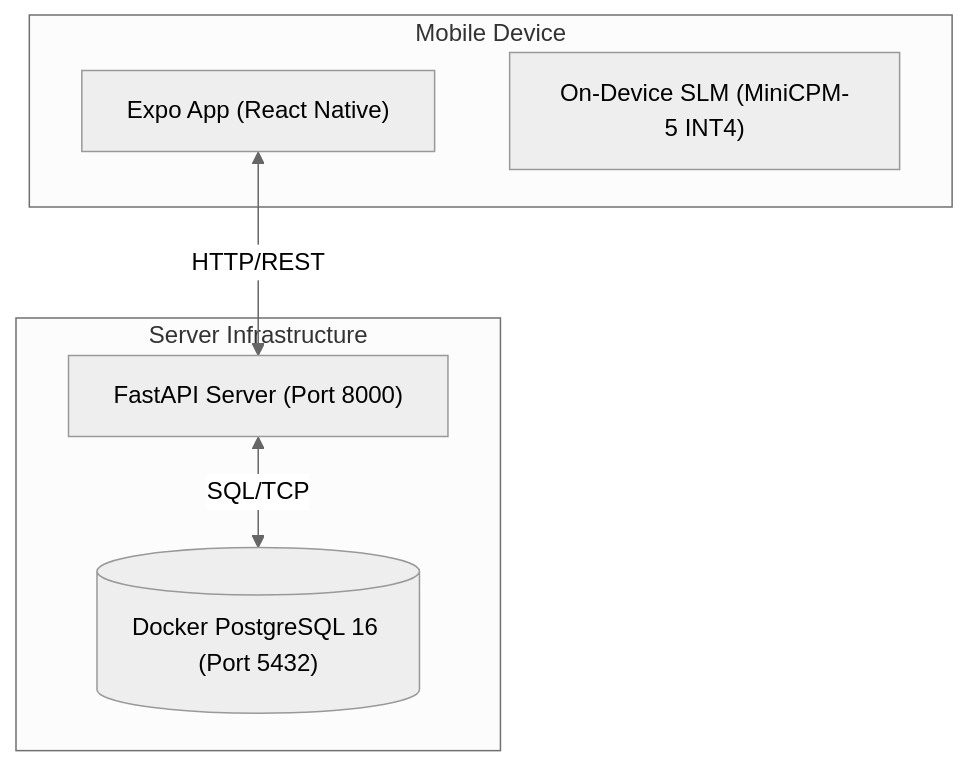
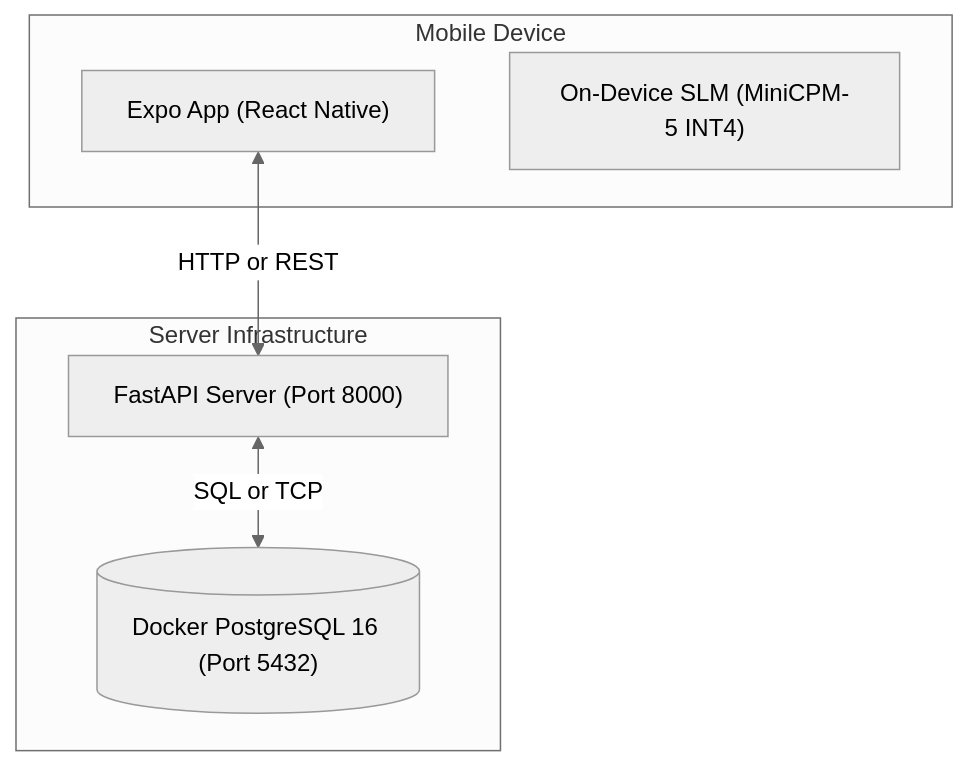
The fourth of 7 diagrams in docs/architecture/overview.md (Neutron-0/ABC-Bank), drawn with Mermaid (neutral theme) before and after one commit. The commit also changed other lines of this file and 33 other files, not shown here.

````diff
--- a/docs/architecture/overview.md
+++ b/docs/architecture/overview.md
@@ -118,15 +118,15 @@
 ```mermaid
 flowchart TD
     subgraph "Mobile Device"
         App["Expo App (React Native)"]
         SLM["On-Device SLM (MiniCPM-5 INT4)"]
     end
     
     subgraph "Server Infrastructure"
         Backend["FastAPI Server (Port 8000)"]
         DB[("Docker PostgreSQL 16 (Port 5432)")]
     end
     
-    App <-->|"HTTP/REST"| Backend
-    Backend <-->|"SQL/TCP"| DB
+    App <-->|HTTP or REST| Backend
+    Backend <-->|SQL or TCP| DB
 ```
````
